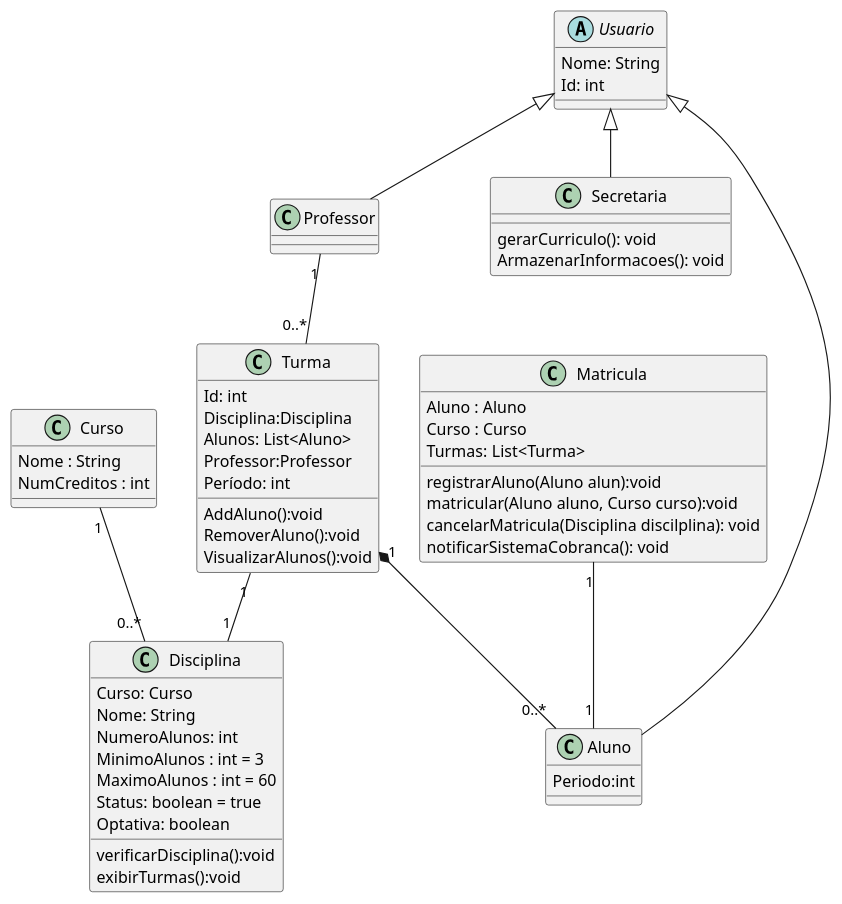
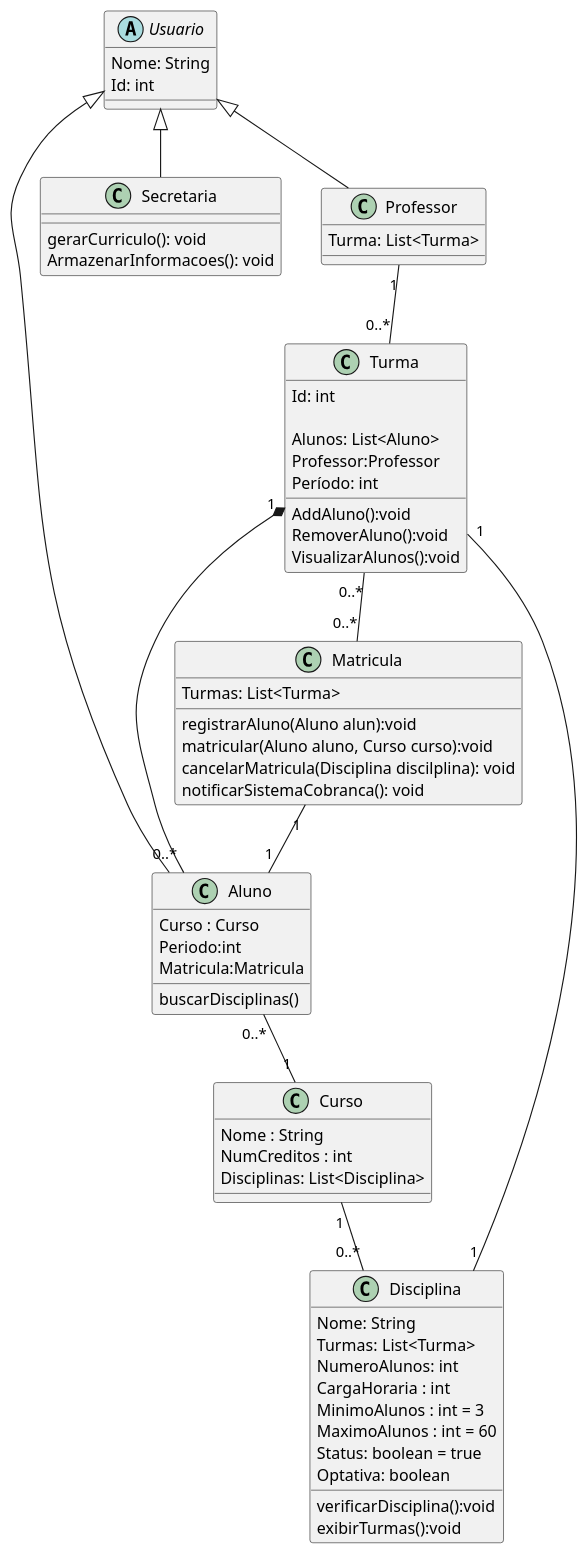
The diagram in project/code/DiagramaClasse.puml (pedrofr1313/Laboratorio-Projeto-de-Software), drawn with PlantUML before and after one commit. The commit also changed 19 other files, not shown here.

```diff
--- a/project/code/DiagramaClasse.puml
+++ b/project/code/DiagramaClasse.puml
@@ -1,71 +1,77 @@
 @startuml
 class  Curso{
      Nome : String
      NumCreditos : int
+     Disciplinas: List<Disciplina>
     
 }
 class  Aluno{
- Periodo:int   
+ Curso : Curso
+ Periodo:int 
+ Matricula:Matricula
+ buscarDisciplinas()  
 
 }
 class  Turma{
     Id: int
-    Disciplina:Disciplina
+   
     Alunos: List<Aluno>
     AddAluno():void
     RemoverAluno():void
     Professor:Professor
     Período: int
     VisualizarAlunos():void
 
 }
 class  Secretaria
 {
     
     gerarCurriculo(): void
     ArmazenarInformacoes(): void
     
 }
 class  Professor
 {
-
+    Turma: List<Turma>
     
 
 }
 class  Disciplina{
-    Curso: Curso
     Nome: String
+    Turmas: List<Turma>
     NumeroAlunos: int
+    CargaHoraria : int
     MinimoAlunos : int = 3
     MaximoAlunos : int = 60
     Status: boolean = true
     Optativa: boolean
     verificarDisciplina():void
     exibirTurmas():void
 }
 class Matricula{
-    Aluno : Aluno
-    Curso : Curso
+    
     Turmas: List<Turma>
     registrarAluno(Aluno alun):void
     matricular(Aluno aluno, Curso curso):void
     cancelarMatricula(Disciplina discilplina): void
     notificarSistemaCobranca(): void
     
 }
 
 abstract class Usuario{
     Nome: String
     Id: int
 }
 
 Turma "1" -- "1"Disciplina
 Professor "1"-- "0..*" Turma
 Matricula "1" -- "1" Aluno
 Turma "1" *-- "0..*"Aluno
 Curso "1"-- "0..*"Disciplina
 Usuario <|-- Aluno
 Usuario <|-- Professor
 Usuario <|-- Secretaria
+Turma "0..*" -- "0..*"Matricula
+Aluno "0..*"--"1"Curso
 
 @enduml
```
